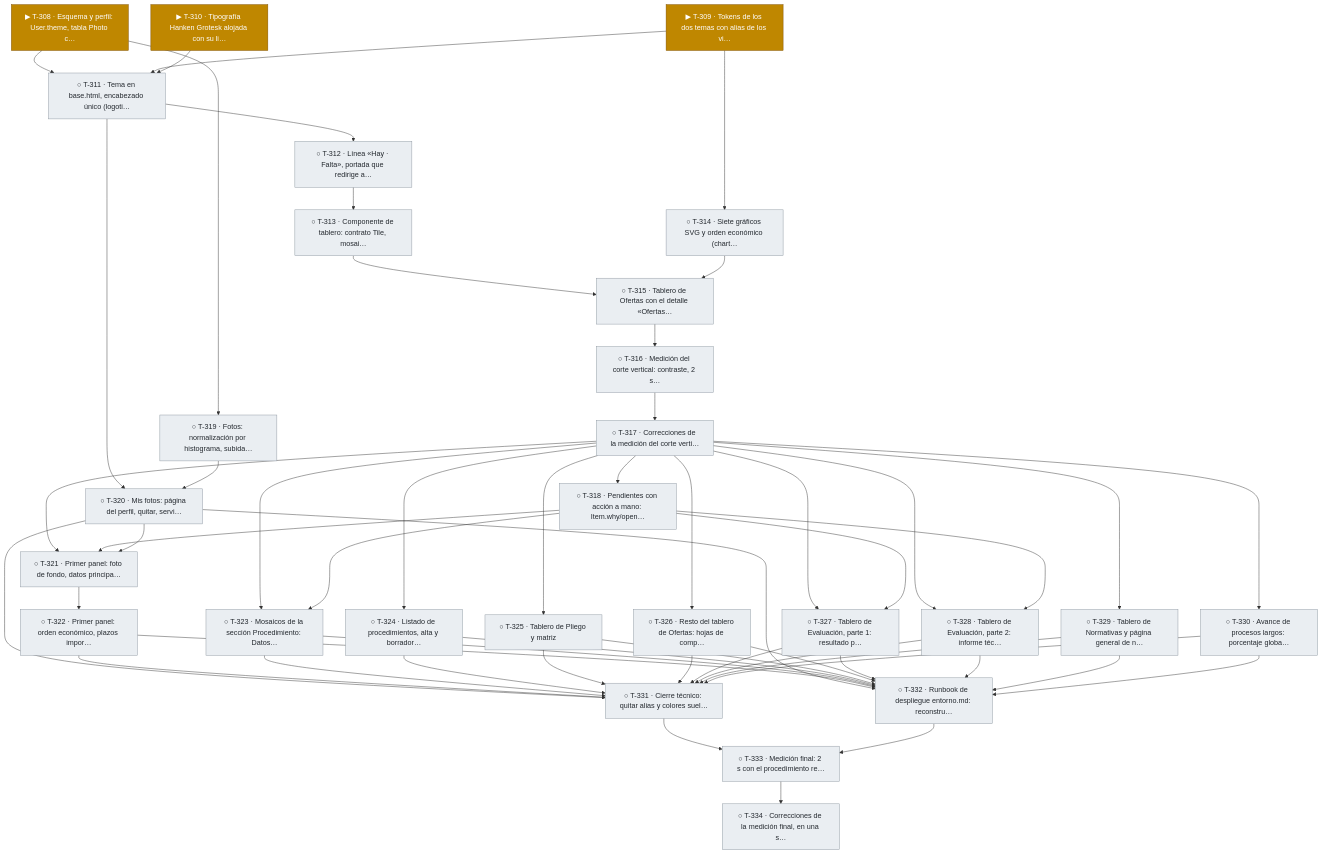
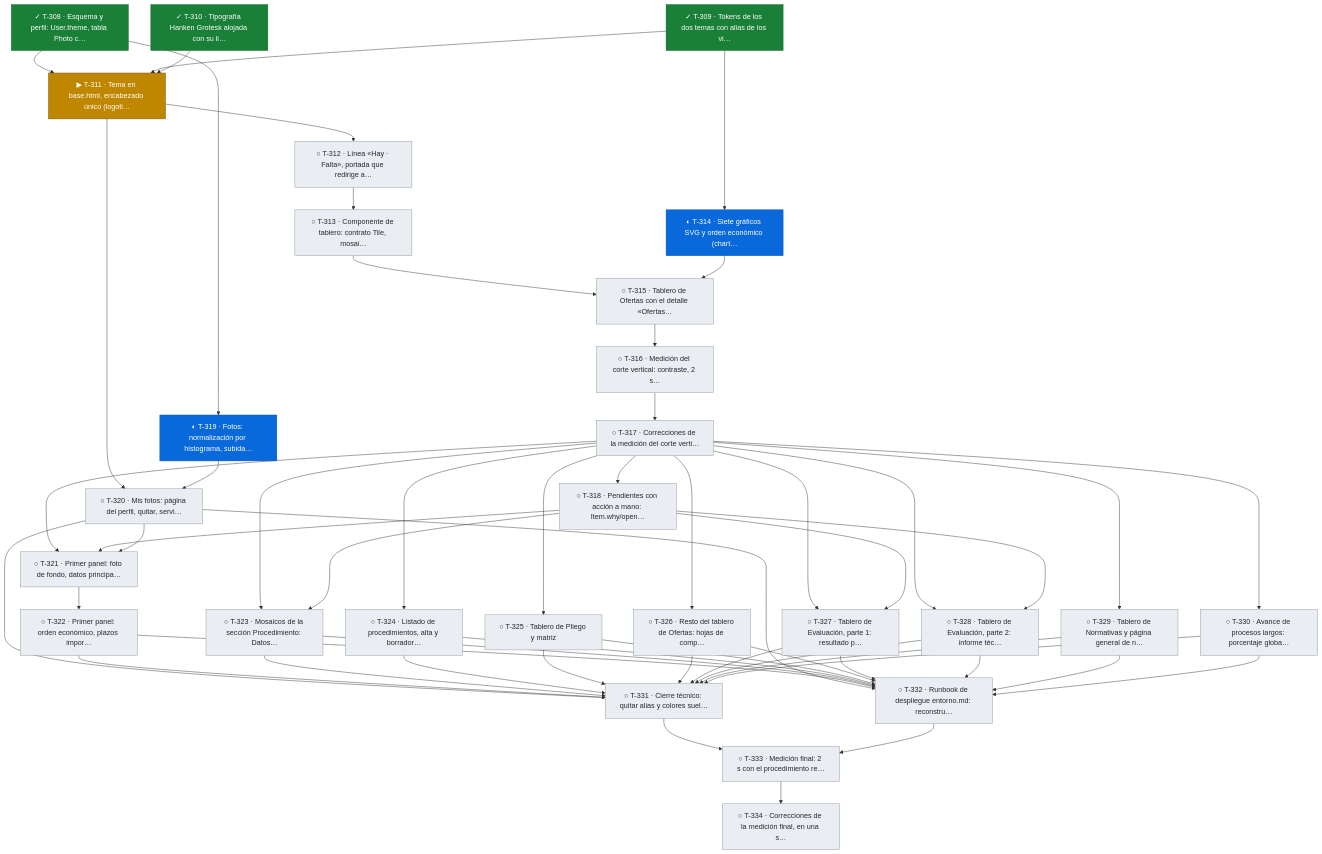
One commit to snavello/EVALUON changed diagram 23 of 23 in docs/tablero.md. Above: the diagram before and after it, drawn with Mermaid. The commit also changed other lines of this file and 2 other files, not shown here.

````diff
--- a/docs/tablero.md
+++ b/docs/tablero.md
@@ -1745,17 +1745,17 @@
 ```mermaid
 flowchart TD
-  T308["▶ T-308 · Esquema y perfil: User.theme, tabla Photo c…"]:::active
-  T309["▶ T-309 · Tokens de los dos temas con alias de los vi…"]:::active
-  T310["▶ T-310 · Tipografía Hanken Grotesk alojada con su li…"]:::active
-  T311["○ T-311 · Tema en base.html, encabezado único (logoti…"]:::todo
+  T308["✓ T-308 · Esquema y perfil: User.theme, tabla Photo c…"]:::done
+  T309["✓ T-309 · Tokens de los dos temas con alias de los vi…"]:::done
+  T310["✓ T-310 · Tipografía Hanken Grotesk alojada con su li…"]:::done
+  T311["▶ T-311 · Tema en base.html, encabezado único (logoti…"]:::active
   T312["○ T-312 · Línea «Hay · Falta», portada que redirige a…"]:::todo
   T313["○ T-313 · Componente de tablero: contrato Tile, mosai…"]:::todo
-  T314["○ T-314 · Siete gráficos SVG y orden económico (chart…"]:::todo
+  T314["◐ T-314 · Siete gráficos SVG y orden económico (chart…"]:::review
   T315["○ T-315 · Tablero de Ofertas con el detalle «Ofertas…"]:::todo
   T316["○ T-316 · Medición del corte vertical: contraste, 2 s…"]:::todo
   T317["○ T-317 · Correcciones de la medición del corte verti…"]:::todo
   T318["○ T-318 · Pendientes con acción a mano: Item.why/open…"]:::todo
-  T319["○ T-319 · Fotos: normalización por histograma, subida…"]:::todo
+  T319["◐ T-319 · Fotos: normalización por histograma, subida…"]:::review
   T320["○ T-320 · Mis fotos: página del perfil, quitar, servi…"]:::todo
   T321["○ T-321 · Primer panel: foto de fondo, datos principa…"]:::todo
   T322["○ T-322 · Primer panel: orden económico, plazos impor…"]:::todo
````
